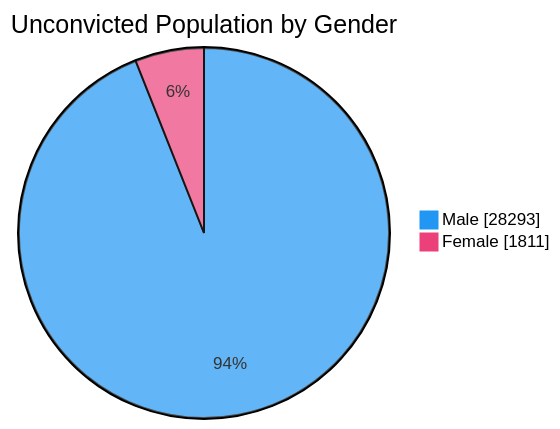
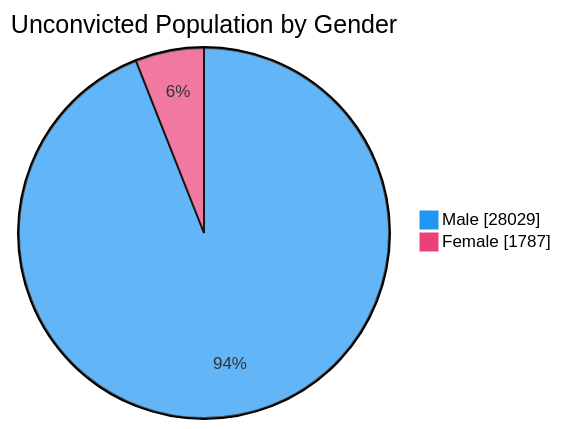
The fourth of 7 diagrams in README.md (nuuuwan/lk_prisons), drawn with Mermaid before and after one commit. The commit also changed other lines of this file and 1 other file, not shown here.

````diff
--- a/README.md
+++ b/README.md
@@ -76,6 +76,6 @@
 ```mermaid
 %%{init: {'themeVariables': {'pie1': '#2196F3', 'pie2': '#EC407A'}}}%%
 pie showData title Unconvicted Population by Gender
-    "Male" : 28293
-    "Female" : 1811
+    "Male" : 28029
+    "Female" : 1787
 ```
````
